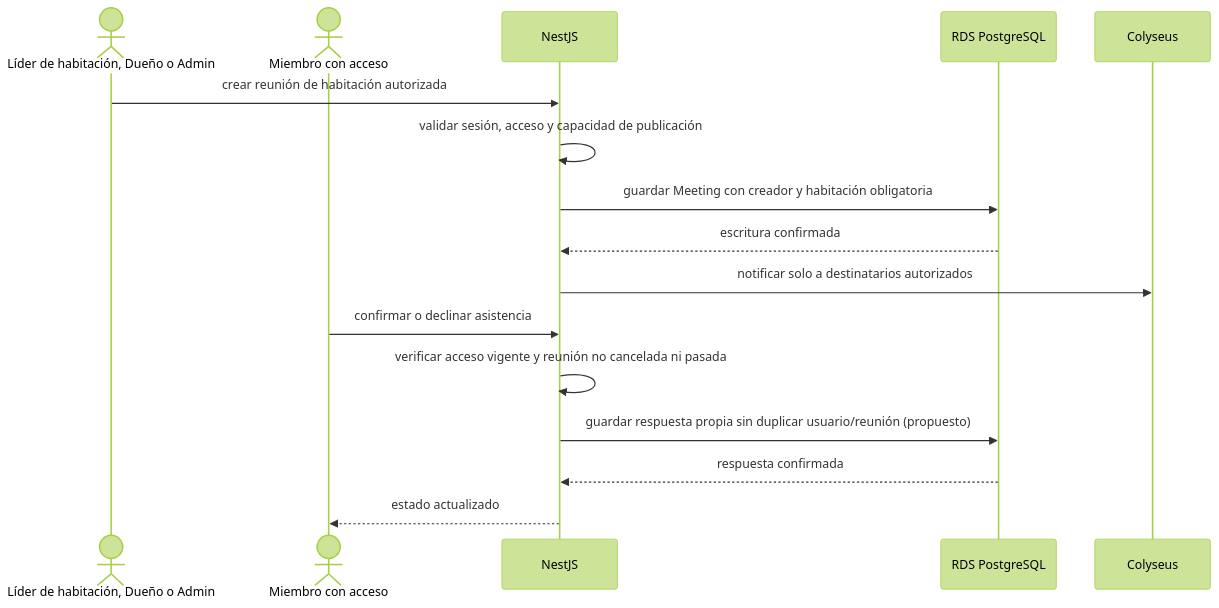
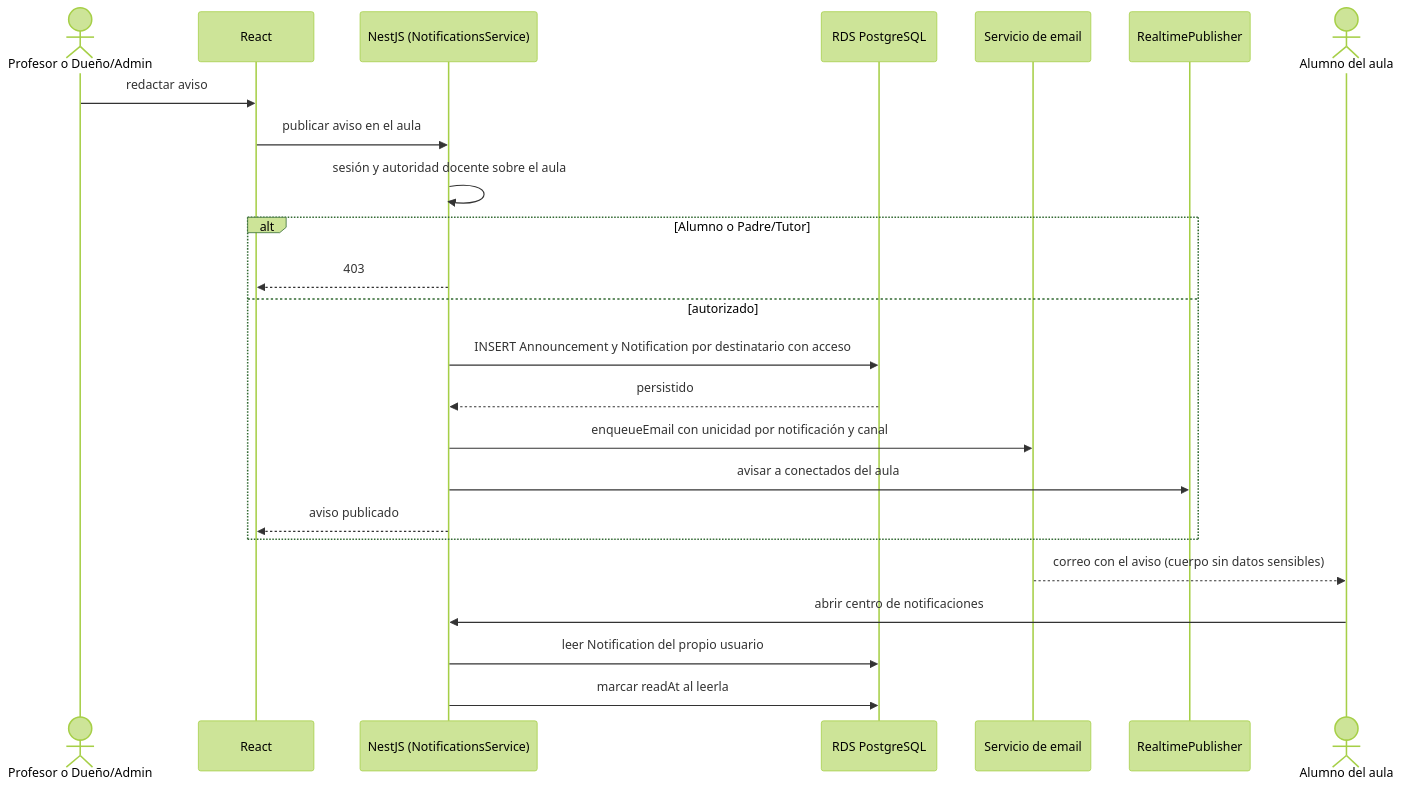
The fourth of 6 diagrams in docs/diagrams/04-behavioral/admin-flows.md (Agustin742/integratec-final-back), drawn with Mermaid (forest theme) before and after one commit. The commit also changed other lines of this file and 4 other files, not shown here.

Commit message:
docs(diagrams): realign use cases and behavioral flows with the school niche model

````diff
--- a/docs/diagrams/04-behavioral/admin-flows.md
+++ b/docs/diagrams/04-behavioral/admin-flows.md
@@ -118,19 +131,27 @@
 ```mermaid
 sequenceDiagram
-    actor publisher as Líder de habitación, Dueño o Admin
-    actor member as Miembro con acceso
-    participant api as NestJS
+    actor author as Profesor o Dueño/Admin
+    participant web as React
+    participant api as NestJS (NotificationsService)
     participant db as RDS PostgreSQL
-    participant col as Colyseus
+    participant mail as Servicio de email
+    participant rt as RealtimePublisher
+    actor reader as Alumno del aula
 
-    publisher->>api: crear reunión de habitación autorizada
-    api->>api: validar sesión, acceso y capacidad de publicación
-    api->>db: guardar Meeting con creador y habitación obligatoria
-    db-->>api: escritura confirmada
-    api->>col: notificar solo a destinatarios autorizados
-    member->>api: confirmar o declinar asistencia
-    api->>api: verificar acceso vigente y reunión no cancelada ni pasada
-    api->>db: guardar respuesta propia sin duplicar usuario/reunión (propuesto)
-    db-->>api: respuesta confirmada
-    api-->>member: estado actualizado
+    author->>web: redactar aviso
+    web->>api: publicar aviso en el aula
+    api->>api: sesión y autoridad docente sobre el aula
+    alt Alumno o Padre/Tutor
+        api-->>web: 403
+    else autorizado
+        api->>db: INSERT Announcement y Notification por destinatario con acceso
+        db-->>api: persistido
+        api->>mail: enqueueEmail con unicidad por notificación y canal
+        api->>rt: avisar a conectados del aula
+        api-->>web: aviso publicado
+    end
+    mail-->>reader: correo con el aviso (cuerpo sin datos sensibles)
+    reader->>api: abrir centro de notificaciones
+    api->>db: leer Notification del propio usuario
+    api->>db: marcar readAt al leerla
 ```
````
